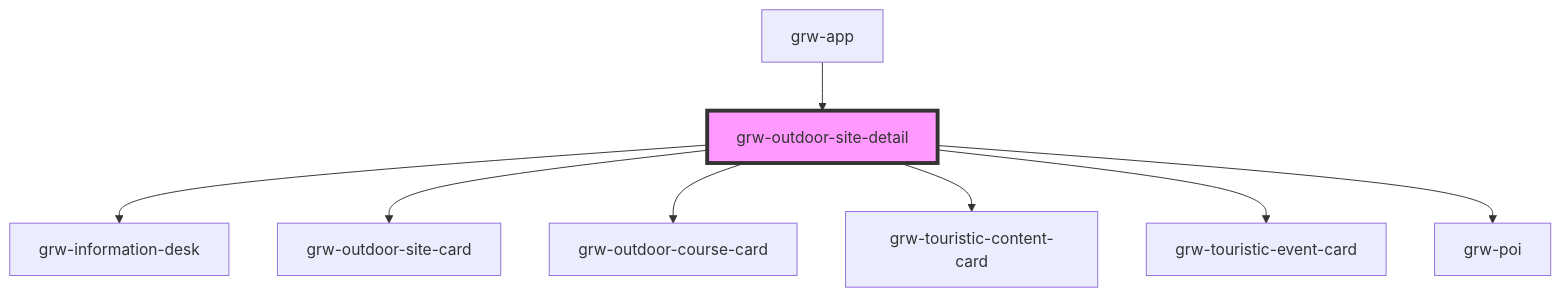
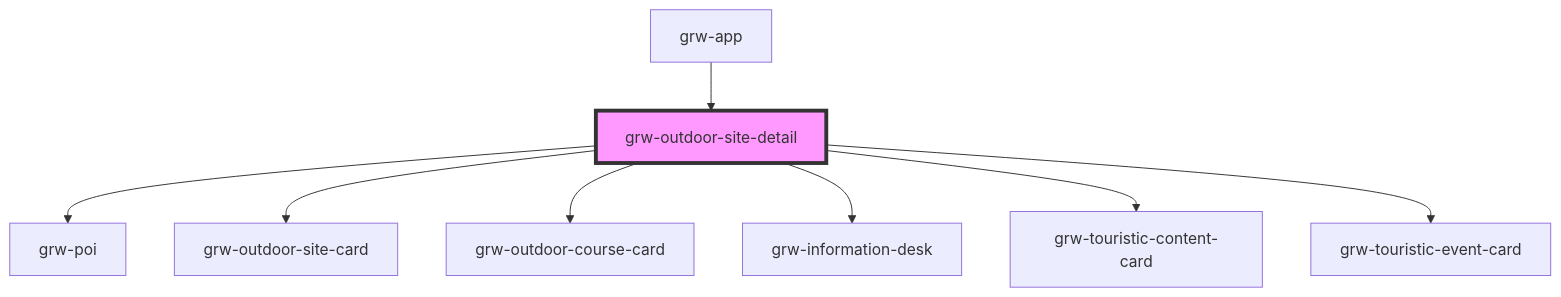
The diagram in src/components/grw-outdoor-site-detail/readme.md (GeotrekCE/Geotrek-rando-widget), drawn with Mermaid before and after one commit. The commit also changed other lines of this file and 14 other files, not shown here.

````diff
--- a/src/components/grw-outdoor-site-detail/readme.md
+++ b/src/components/grw-outdoor-site-detail/readme.md
@@ -132,11 +143,11 @@
 ```mermaid
 graph TD;
-  grw-outdoor-site-detail --> grw-information-desk
+  grw-outdoor-site-detail --> grw-poi
   grw-outdoor-site-detail --> grw-outdoor-site-card
   grw-outdoor-site-detail --> grw-outdoor-course-card
+  grw-outdoor-site-detail --> grw-information-desk
   grw-outdoor-site-detail --> grw-touristic-content-card
   grw-outdoor-site-detail --> grw-touristic-event-card
-  grw-outdoor-site-detail --> grw-poi
   grw-app --> grw-outdoor-site-detail
   style grw-outdoor-site-detail fill:#f9f,stroke:#333,stroke-width:4px
 ```
````
